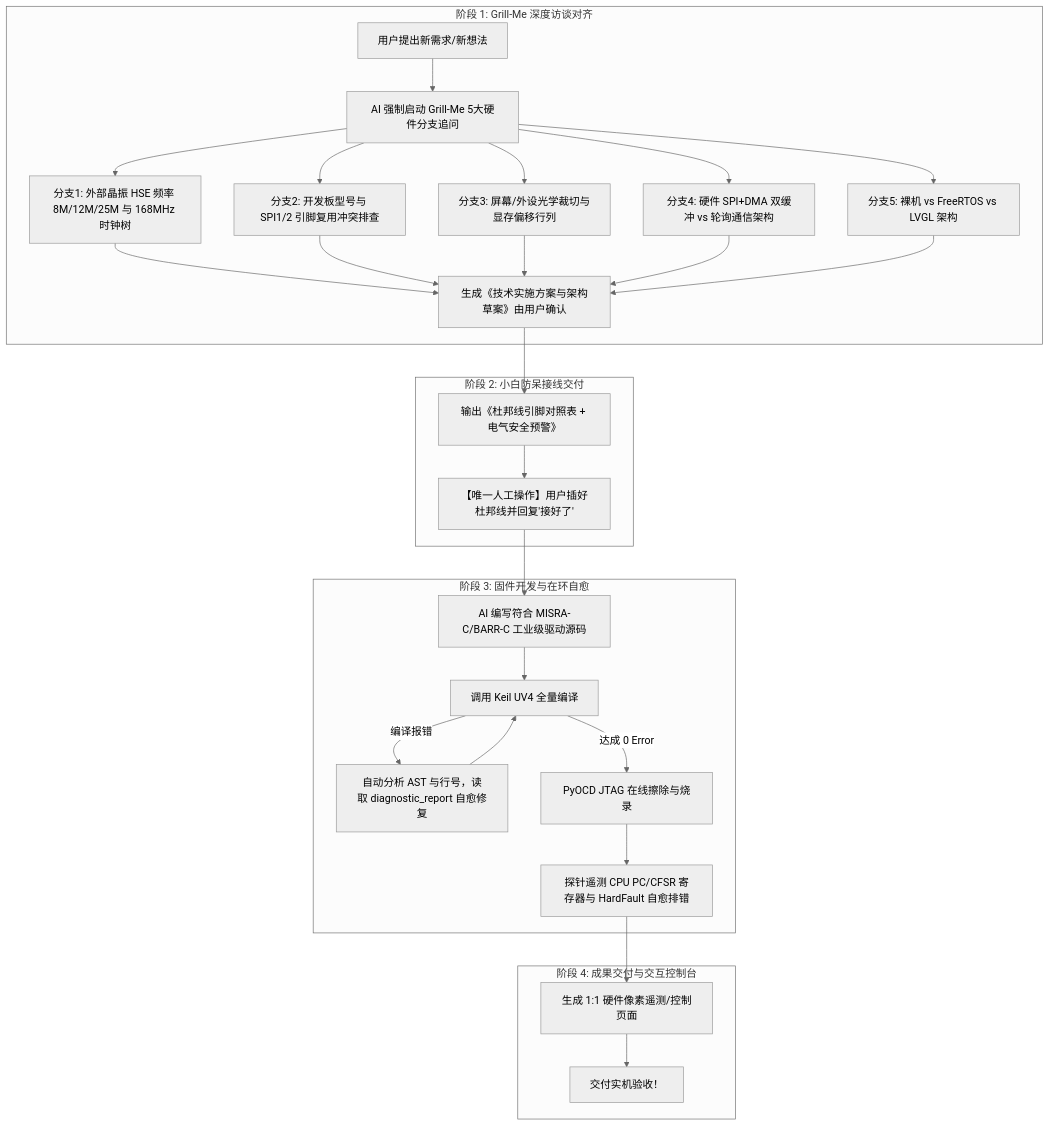
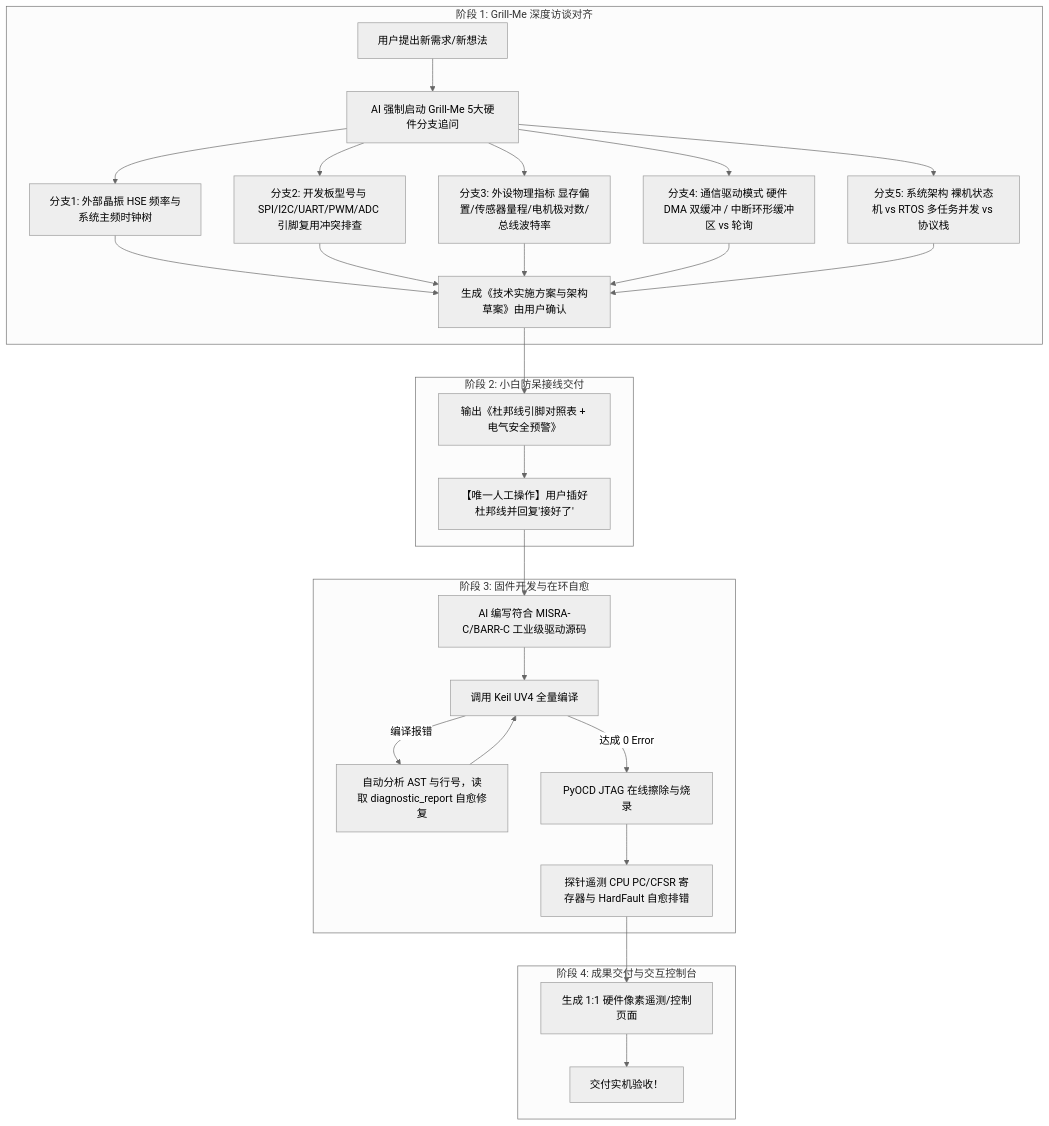
The diagram in README.md (TaoCosmo-Dev/STM32_AutoDebug_Universal_Kit), drawn with Mermaid (neutral theme) before and after one commit. The commit also changed other lines of this file, not shown here.

````diff
--- a/README.md
+++ b/README.md
@@ -26,31 +24,31 @@
 ```mermaid
 graph TD
     subgraph 阶段 1: Grill-Me 深度访谈对齐
         A[用户提出新需求/新想法] --> B[AI 强制启动 Grill-Me 5大硬件分支追问]
-        B --> B1[分支1: 外部晶振 HSE 频率 8M/12M/25M 与 168MHz 时钟树]
-        B --> B2[分支2: 开发板型号与 SPI1/2 引脚复用冲突排查]
-        B --> B3[分支3: 屏幕/外设光学裁切与显存偏移行列]
-        B --> B4[分支4: 硬件 SPI+DMA 双缓冲 vs 轮询通信架构]
-        B --> B5[分支5: 裸机 vs FreeRTOS vs LVGL 架构]
+        B --> B1[分支1: 外部晶振 HSE 频率与系统主频时钟树]
+        B --> B2[分支2: 开发板型号与 SPI/I2C/UART/PWM/ADC 引脚复用冲突排查]
+        B --> B3[分支3: 外设物理指标 显存偏置/传感器量程/电机极对数/总线波特率]
+        B --> B4[分支4: 通信驱动模式 硬件 DMA 双缓冲 / 中断环形缓冲区 vs 轮询]
+        B --> B5[分支5: 系统架构 裸机状态机 vs RTOS 多任务并发 vs 协议栈]
         B1 & B2 & B3 & B4 & B5 --> C[生成《技术实施方案与架构草案》由用户确认]
     end
     
     subgraph 阶段 2: 小白防呆接线交付
         C --> D[输出《杜邦线引脚对照表 + 电气安全预警》]
         D --> E[【唯一人工操作】用户插好杜邦线并回复'接好了']
     end
     
     subgraph 阶段 3: 固件开发与在环自愈
         E --> F[AI 编写符合 MISRA-C/BARR-C 工业级驱动源码]
         F --> G[调用 Keil UV4 全量编译]
         G -- 编译报错 --> H[自动分析 AST 与行号，读取 diagnostic_report 自愈修复]
         H --> G
         G -- 达成 0 Error --> I[PyOCD JTAG 在线擦除与烧录]
         I --> J[探针遥测 CPU PC/CFSR 寄存器与 HardFault 自愈排错]
     end
     
     subgraph 阶段 4: 成果交付与交互控制台
         J --> K[生成 1:1 硬件像素遥测/控制页面]
         K --> L[交付实机验收！]
     end
 ```
````
